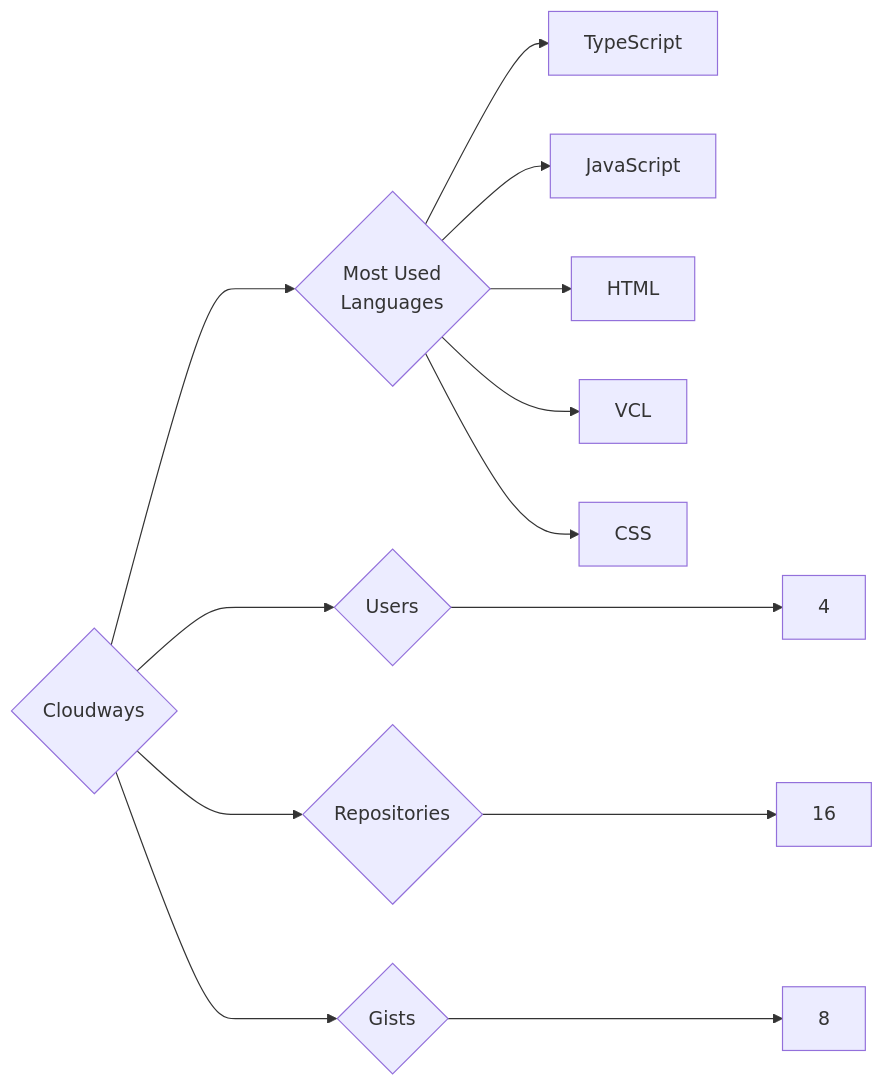
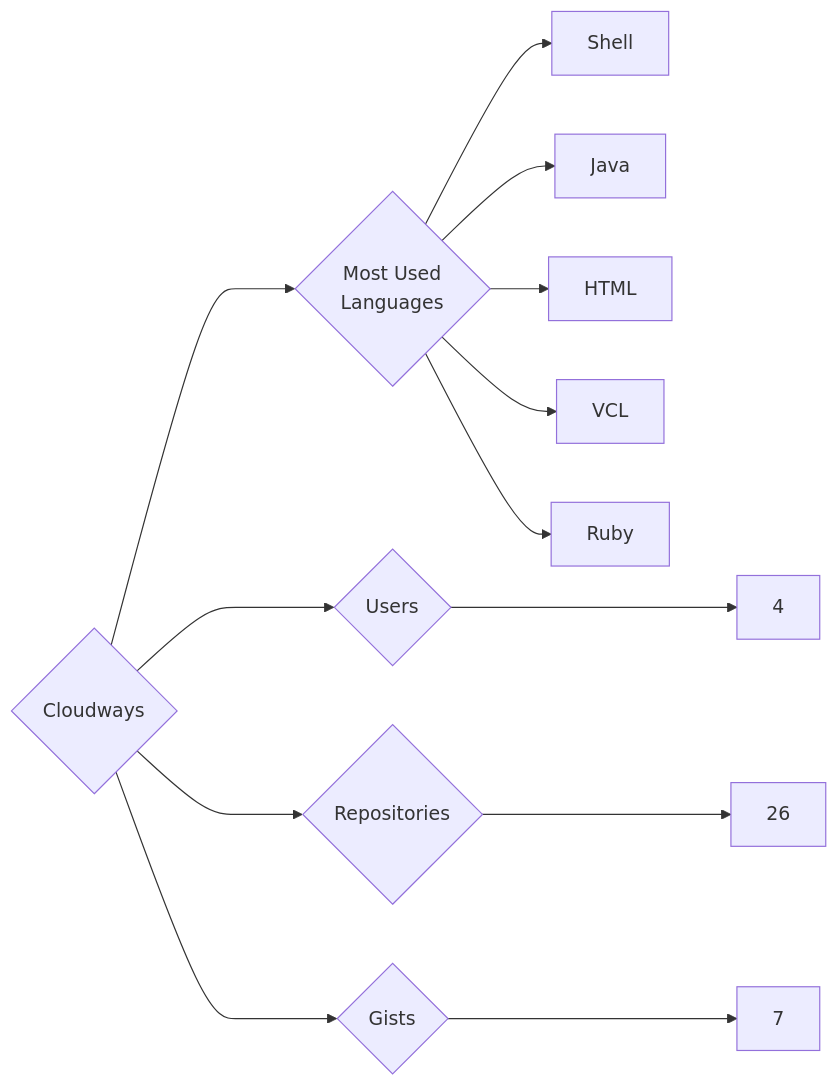
One commit to trickest/insiders changed the diagram in targets/Cloudways/README.md. Above: the diagram before and after it, drawn with Mermaid. The commit also changed 912 other files, not shown here.

````diff
--- a/targets/Cloudways/README.md
+++ b/targets/Cloudways/README.md
@@ -3,13 +3,13 @@
 ```mermaid
 graph LR
 COMPANY_NAME{Cloudways}
 COMPANY_NAME ---> U{Users} ---> UN[4]
-COMPANY_NAME ---> R{Repositories} ---> RN[16]
-COMPANY_NAME ---> G{Gists} ---> GN[8]
+COMPANY_NAME ---> R{Repositories} ---> RN[26]
+COMPANY_NAME ---> G{Gists} ---> GN[7]
 COMPANY_NAME ---> ML{Most Used<br>Languages}
-ML --> TypeScript[TypeScript]
-ML --> JavaScript[JavaScript]
+ML --> Shell[Shell]
+ML --> Java[Java]
 ML --> HTML[HTML]
 ML --> VCL[VCL]
-ML --> CSS[CSS]
+ML --> Ruby[Ruby]
 ```
````
